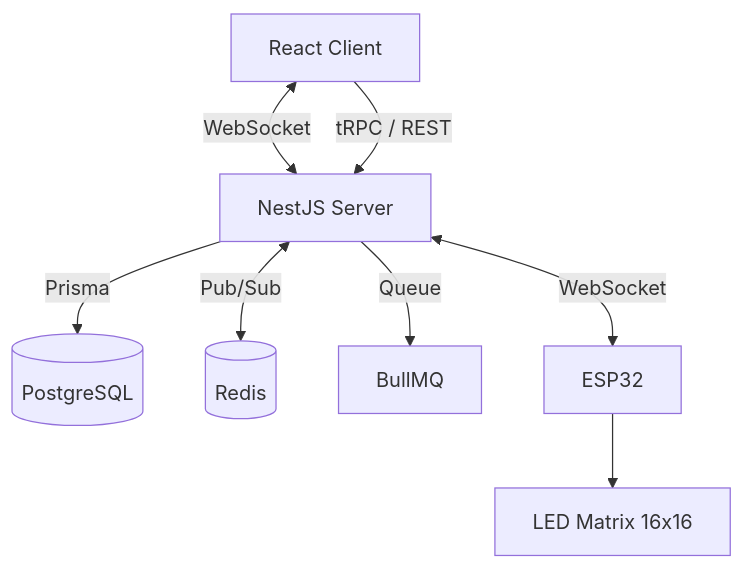
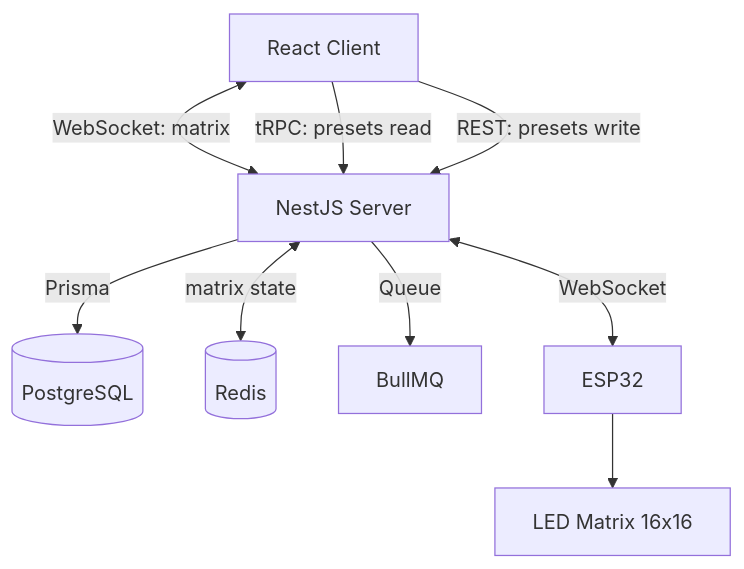
The diagram in README.md (foxx32v/luminus), drawn with Mermaid before and after one commit.

Commit message:
WEB PART FINISHED

````diff
--- a/README.md
+++ b/README.md
@@ -79,10 +79,11 @@
 ```mermaid
 flowchart TD
-    Client[React Client] <-->|WebSocket| Server[NestJS Server]
-    Client -->|tRPC / REST| Server
+    Client[React Client] <-->|WebSocket: matrix| Server[NestJS Server]
+    Client -->|tRPC: presets read| Server
+    Client -->|REST: presets write| Server
     Server -->|Prisma| DB[(PostgreSQL)]
-    Server <-->|Pub/Sub| Redis[(Redis)]
+    Server <-->|matrix state| Redis[(Redis)]
     Server -->|Queue| BullMQ[BullMQ]
     Server <-->|WebSocket| ESP32[ESP32]
     ESP32 --> Matrix[LED Matrix 16x16]
 ```
````
